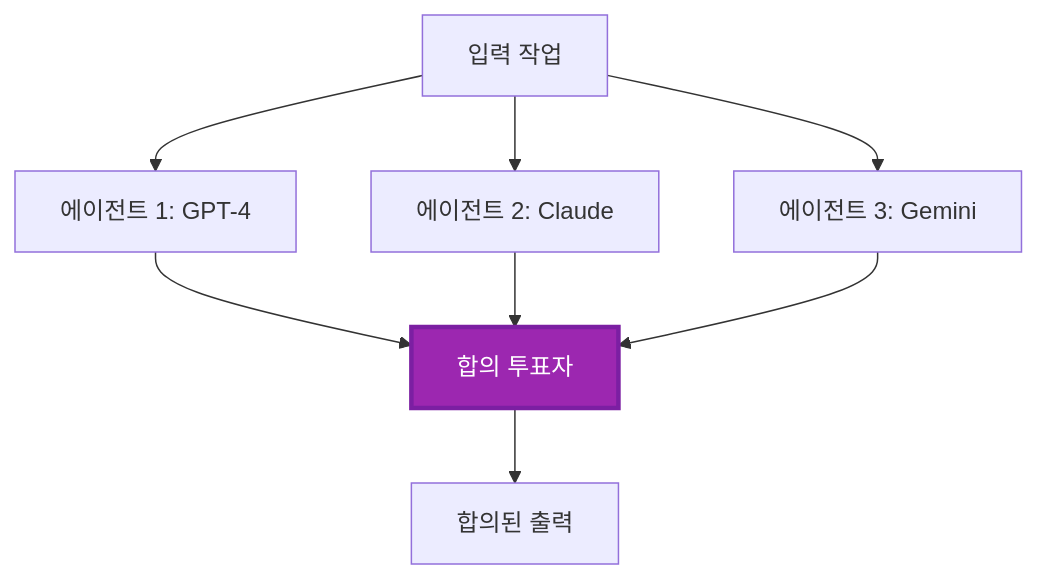
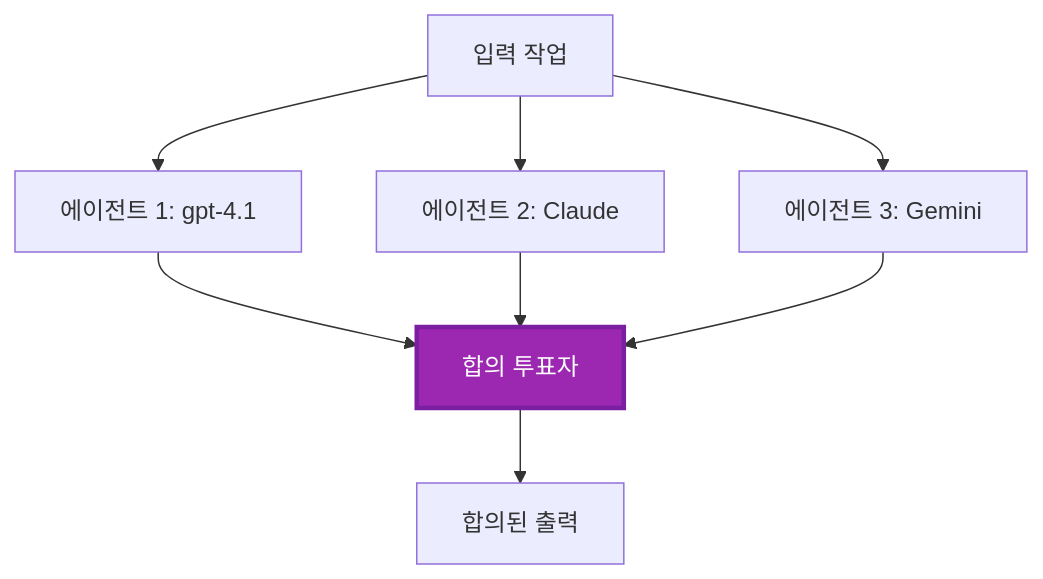
Before and after one commit to microsoft/AZD-for-beginners: the fifth of 6 diagrams in translations/ko/docs/chapter-06-pre-deployment/coordination-patterns.md, drawn with Mermaid. The commit also changed other lines of this file and 101 other files, not shown here.

````diff
--- a/translations/ko/docs/chapter-06-pre-deployment/coordination-patterns.md
+++ b/translations/ko/docs/chapter-06-pre-deployment/coordination-patterns.md
@@ -231,19 +225,19 @@
 ```mermaid
 graph TB
     Input[입력 작업]
-    Agent1[에이전트 1: GPT-4]
+    Agent1[에이전트 1: gpt-4.1]
     Agent2[에이전트 2: Claude]
     Agent3[에이전트 3: Gemini]
     Voter[합의 투표자]
     Output[합의된 출력]
     
     Input --> Agent1
     Input --> Agent2
     Input --> Agent3
     Agent1 --> Voter
     Agent2 --> Voter
     Agent3 --> Voter
     Voter --> Output
     
     style Voter fill:#9C27B0,stroke:#7B1FA2,stroke-width:3px,color:#fff
 ```
````
